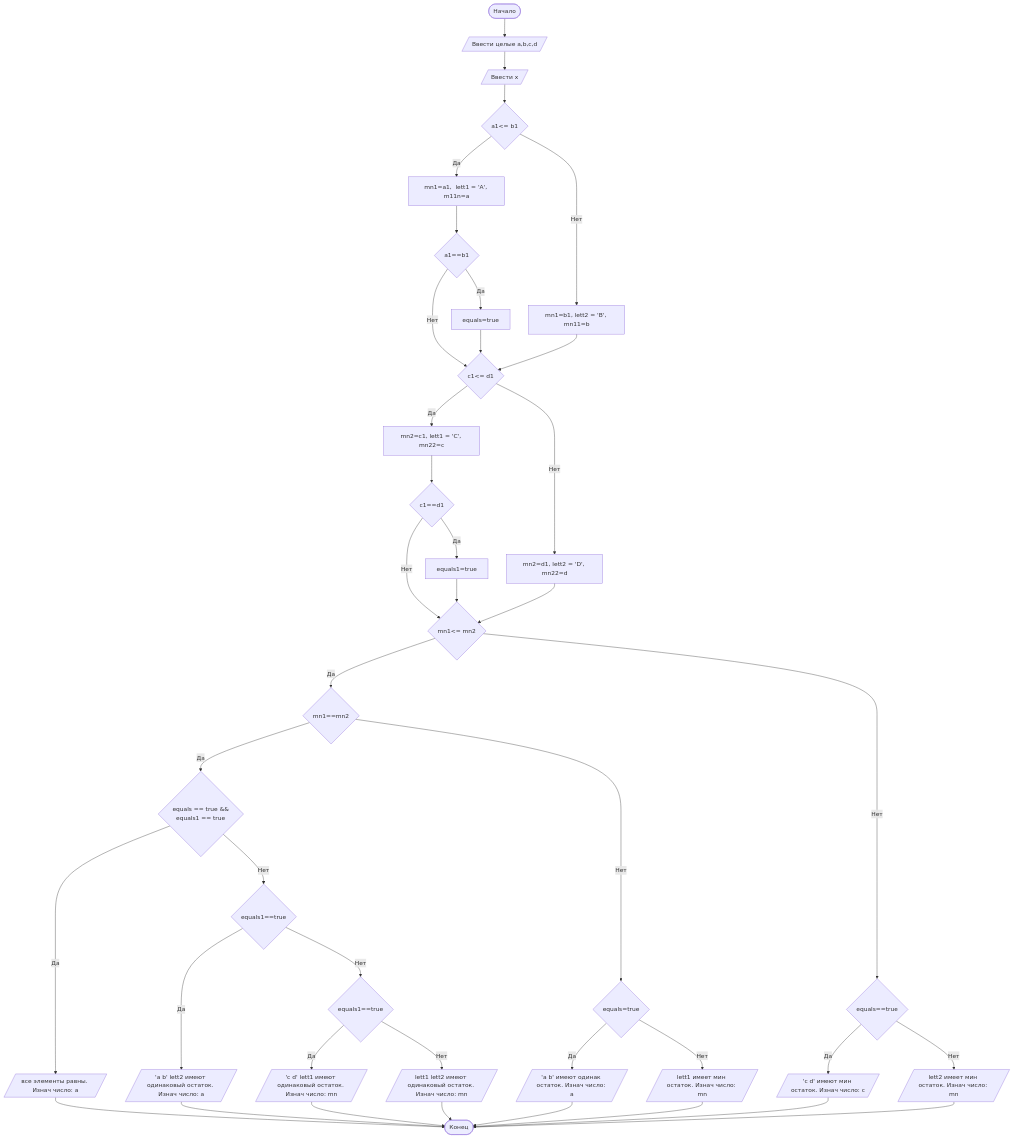
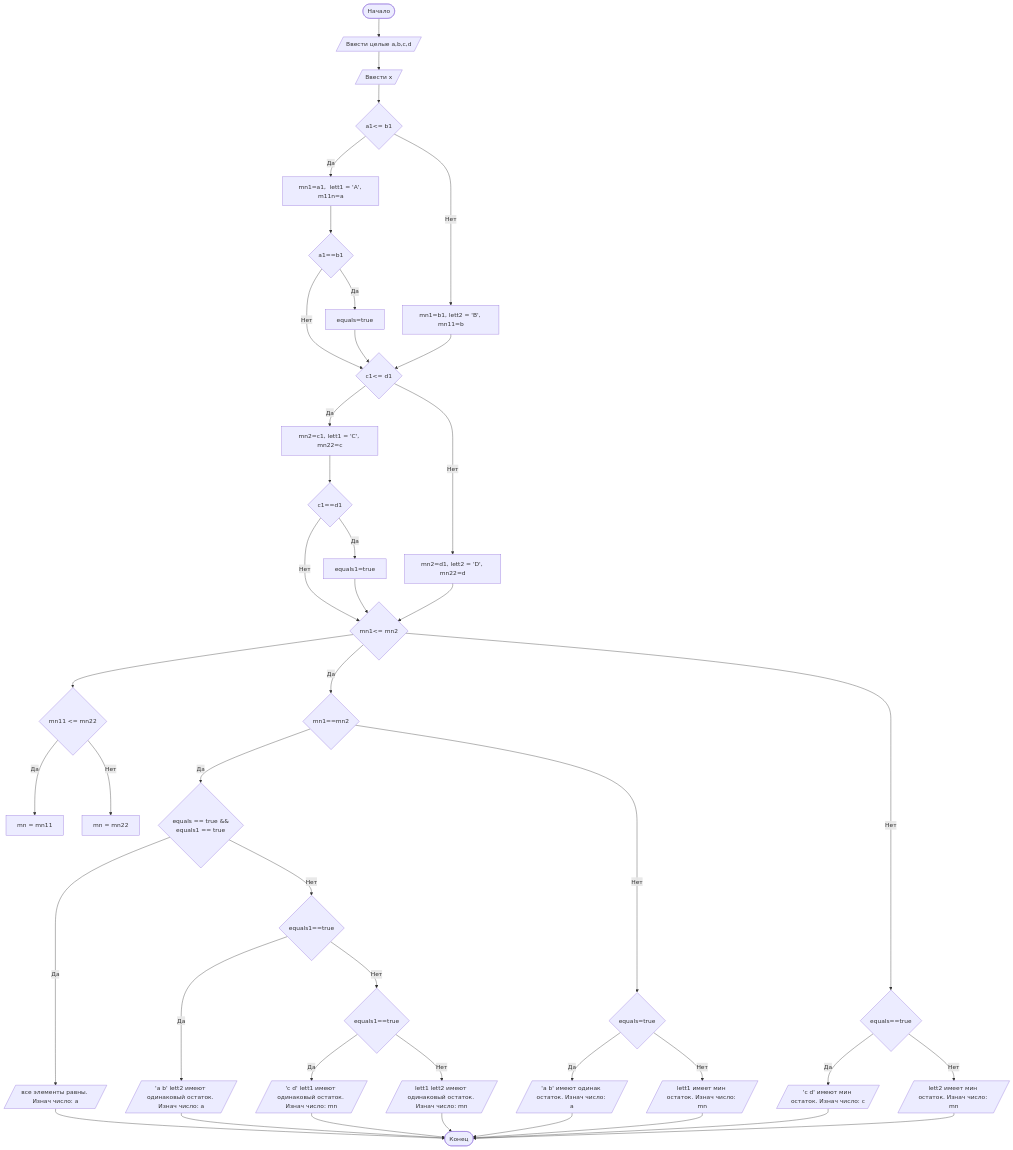
Before and after one commit to vadimrahma123/Lab1: the diagram in README.md, drawn with Mermaid.

````diff
--- a/README.md
+++ b/README.md
@@ -96,42 +96,45 @@
 ```mermaid
 graph TD
  A([Начало]) --> B[/Ввести целые a,b,c,d/]
  B --> D[/Ввести x/]
  D --> F{a1<= b1}
  F -- "Да" --> F3[mn1=a1,  lett1 = 'A', m11n=a]
  F -- "Нет" --> F4[mn1=b1, lett2 = 'B', mn11=b]
  F3 --> F1{a1==b1}
  F1 -- "Да" --> F2[equals=true]
  F1 -- "Нет" --> G{с1<= d1}
  F2 --> G
  F4 --> G
  G -- "Да" --> G3[mn2=c1, lett1 = 'C', mn22=c]
  G -- "Нет" --> G4[mn2=d1, lett2 = 'D', mn22=d]
  G3 --> G1{c1==d1}
  G1 -- "Да" --> G2[equals1=true]
  G1 -- "Нет" --> K{mn1<= mn2}
  G2 --> K
  G4 --> K
+ K --> J{mn11 <= mn22}
+ J -- "Да" --> J1[mn = mn11]
+ J -- "Нет" --> J2[mn = mn22]
  K -- "Да" --> K1{mn1==mn2}
  K1 -- "Да" --> K2{equals == true && </br> equals1 == true}
  K2 -- "Да" --> P1[/все элементы равны. Изнач число: a/]
  K2 -- "Нет" --> K4{equals1==true}
  K4 -- "Да" --> P2[/'a b' lett2 имеют одинаковый остаток. Изнач число: a/]
  K4 -- "Нет" --> K5{equals1==true}
  K5 -- "Да" --> P3[/'c d' lett1 имеют одинаковый остаток. Изнач число: mn/]
  K5 -- "Нет" --> P4[/lett1 lett2 имеют одинаковый остаток. Изнач число: mn/]
  K1 -- "Нет" --> K7{equals=true}
  K7 -- "Да" --> P7[/'a b' имеют одинак остаток. Изнач число: a/]
  K7 -- "Нет" --> P8[/lett1 имеет мин остаток. Изнач число: mn/]
  K -- "Нет" --> K9{equals==true}
  K9 -- "Да" --> P9[/'c d' имеют мин остаток. Изнач число: c/]
  K9 -- "Нет" --> P10[/lett2 имеет мин остаток. Изнач число: mn/]
  P1 --> Z([Конец])
  P2 --> Z
  P3 --> Z
  P4 --> Z
  P7 --> Z
  P8 --> Z
  P9 --> Z
  P10 --> Z
 ```
````
